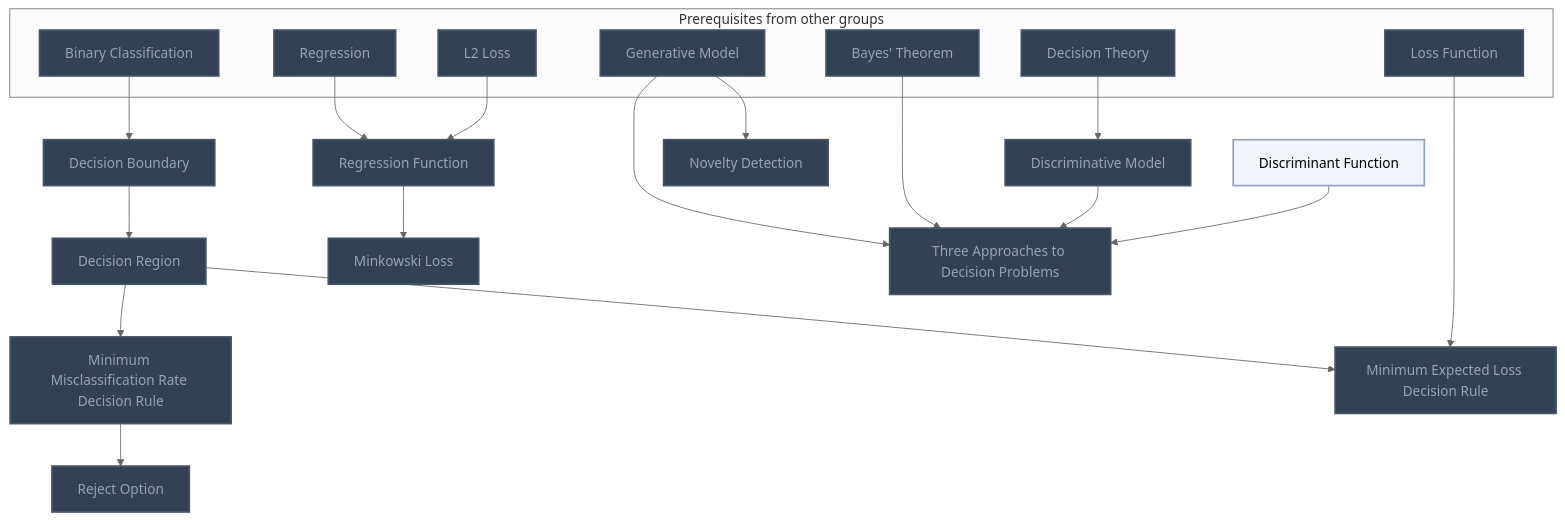
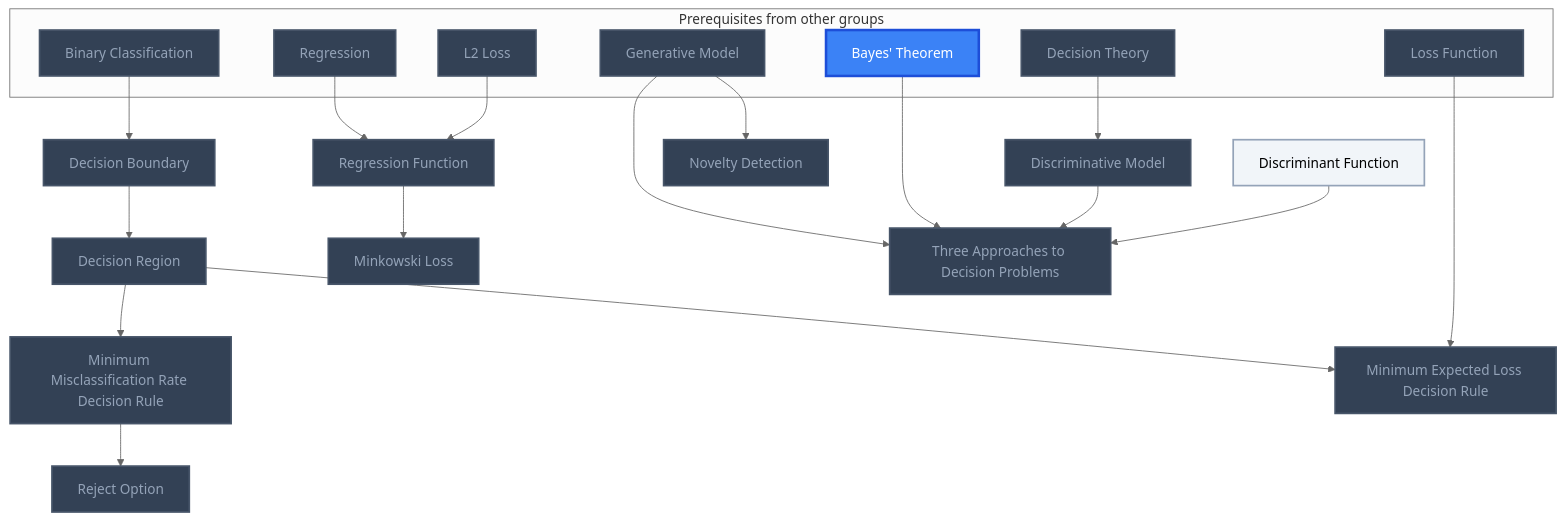
The fourth of 9 diagrams in Gamification/Skill Trees/Machine Learning.md (MRauf1/My-Notes), drawn with Mermaid (neutral theme) before and after one commit. The commit also changed other lines of this file and 145 other files, not shown here.

````diff
--- a/Gamification/Skill Trees/Machine Learning.md
+++ b/Gamification/Skill Trees/Machine Learning.md
@@ -152,50 +153,51 @@
 ```mermaid
 flowchart TD
     classDef planned fill:#1E293B,stroke:#64748B,stroke-width:2px,stroke-dasharray:5 5,color:#94A3B8;
     classDef locked fill:#334155,stroke:#475569,stroke-width:2px,color:#94A3B8;
     classDef L0 fill:#F1F5F9,stroke:#94A3B8,stroke-width:2px,color:#000000;
     classDef L1 fill:#22C55E,stroke:#15803D,stroke-width:2px,color:#000000;
     classDef L2 fill:#3B82F6,stroke:#1D4ED8,stroke-width:3px,color:#FFFFFF;
     classDef L3 fill:#A855F7,stroke:#6B21A8,stroke-width:3px,color:#FFFFFF,font-weight:bold;
     classDef L4 fill:#F97316,stroke:#C2410C,stroke-width:4px,color:#000000,font-weight:bold;
     classDef L5 fill:#FFD700,stroke:#FF8C00,stroke-width:5px,color:#000000,font-weight:bold;
     classDef rusty stroke:#8B4513,stroke-width:4px,stroke-dasharray:3 3;
     subgraph sg_prereqs["Prerequisites from other groups"]
         n_loss_function["Loss Function"]
         n_decision_theory["Decision Theory"]
         n_regression["Regression"]
         n_l2_loss["L2 Loss"]
         n_generative_model["Generative Model"]
         n_bayes_theorem["Bayes' Theorem"]
         n_binary_classification["Binary Classification"]
     end
     n_decision_region["Decision Region"]
     n_minimum_misclassification_rate_decision_rule["Minimum Misclassification Rate Decision Rule"]
     n_minimum_expected_loss_decision_rule["Minimum Expected Loss Decision Rule"]
     n_reject_option["Reject Option"]
     n_discriminative_model["Discriminative Model"]
     n_discriminant_function["Discriminant Function"]
     n_regression_function["Regression Function"]
     n_minkowski_loss["Minkowski Loss"]
     n_three_approaches_to_decision_problems["Three Approaches to Decision Problems"]
     n_novelty_detection["Novelty Detection"]
     n_decision_boundary["Decision Boundary"]
     n_decision_boundary --> n_decision_region
     n_decision_region --> n_minimum_misclassification_rate_decision_rule
     n_decision_region --> n_minimum_expected_loss_decision_rule
     n_loss_function --> n_minimum_expected_loss_decision_rule
     n_minimum_misclassification_rate_decision_rule --> n_reject_option
     n_decision_theory --> n_discriminative_model
     n_regression --> n_regression_function
     n_l2_loss --> n_regression_function
     n_regression_function --> n_minkowski_loss
     n_generative_model --> n_three_approaches_to_decision_problems
     n_bayes_theorem --> n_three_approaches_to_decision_problems
     n_discriminative_model --> n_three_approaches_to_decision_problems
     n_discriminant_function --> n_three_approaches_to_decision_problems
     n_generative_model --> n_novelty_detection
     n_binary_classification --> n_decision_boundary
-    class n_loss_function,n_decision_theory,n_regression,n_l2_loss,n_generative_model,n_bayes_theorem,n_binary_classification,n_decision_region,n_minimum_misclassification_rate_decision_rule,n_minimum_expected_loss_decision_rule,n_reject_option,n_discriminative_model,n_regression_function,n_minkowski_loss,n_three_approaches_to_decision_problems,n_novelty_detection,n_decision_boundary locked;
+    class n_loss_function,n_decision_theory,n_regression,n_l2_loss,n_generative_model,n_binary_classification,n_decision_region,n_minimum_misclassification_rate_decision_rule,n_minimum_expected_loss_decision_rule,n_reject_option,n_discriminative_model,n_regression_function,n_minkowski_loss,n_three_approaches_to_decision_problems,n_novelty_detection,n_decision_boundary locked;
     class n_discriminant_function L0;
+    class n_bayes_theorem L2;
     class n_loss_function,n_decision_theory,n_regression,n_l2_loss,n_generative_model,n_bayes_theorem,n_binary_classification,n_decision_region,n_minimum_misclassification_rate_decision_rule,n_minimum_expected_loss_decision_rule,n_reject_option,n_discriminative_model,n_discriminant_function,n_regression_function,n_minkowski_loss,n_three_approaches_to_decision_problems,n_novelty_detection,n_decision_boundary internal-link;
 ```
````
